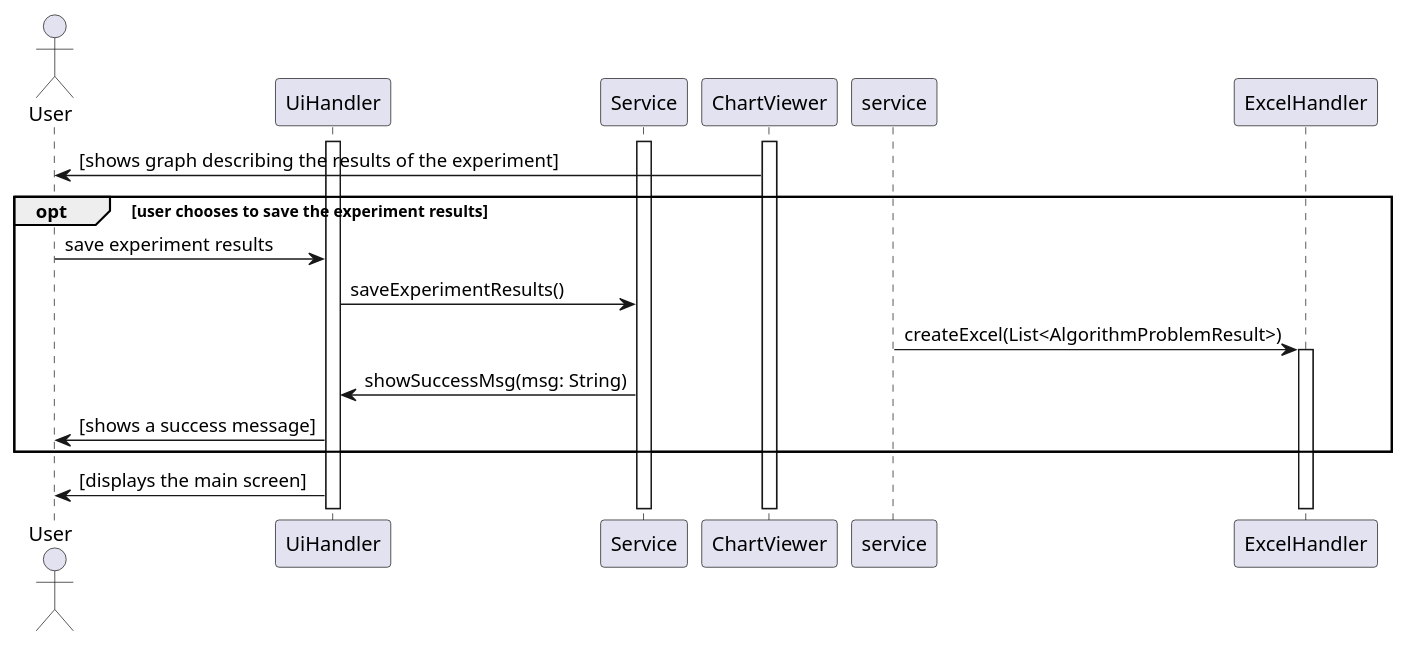
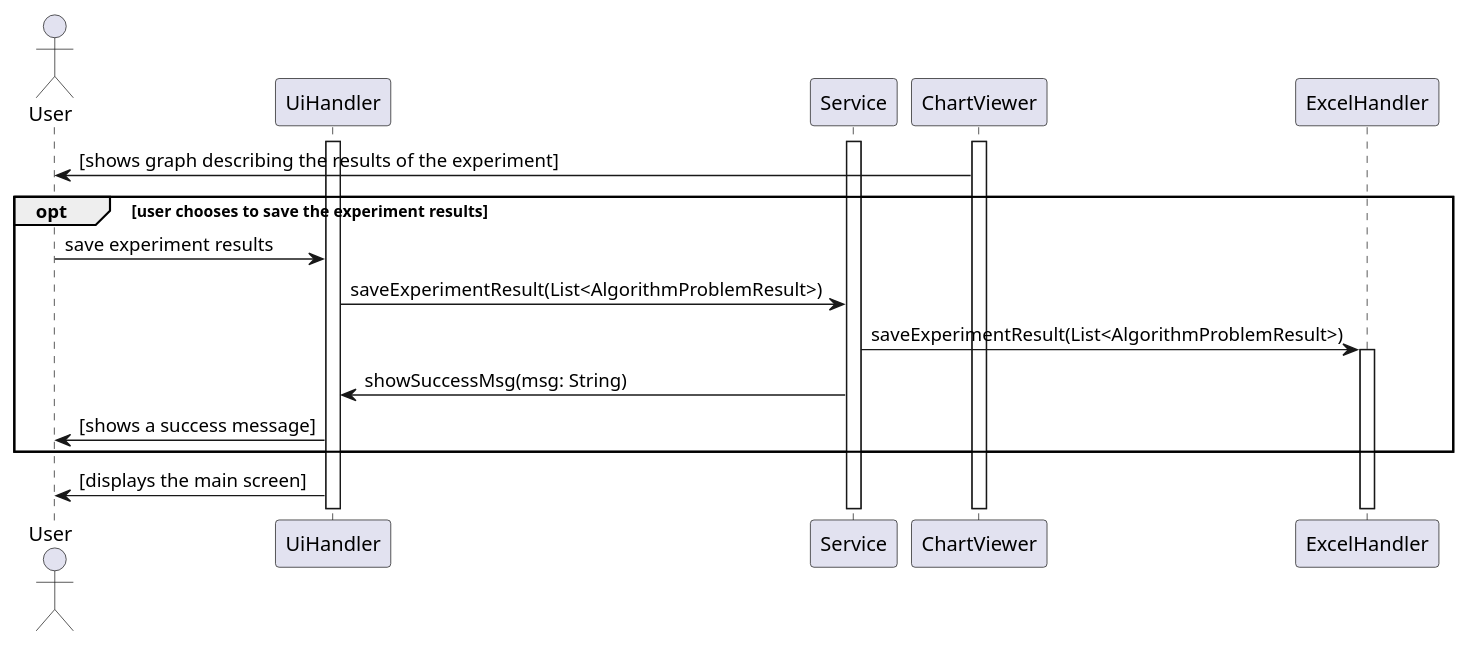
The diagram in Final/Docs/Diagrams/behaviour diagrams/scripts/showResultsSeq.puml (miamiHits/FinalProject), drawn with PlantUML before and after one commit. The commit also changed 1 other file, not shown here.

```diff
--- a/Final/Docs/Diagrams/behaviour diagrams/scripts/showResultsSeq.puml
+++ b/Final/Docs/Diagrams/behaviour diagrams/scripts/showResultsSeq.puml
@@ -1,22 +1,22 @@
 @startuml
 actor User as u
 
 activate UiHandler
 activate Service
 activate ChartViewer
 
 ChartViewer -> u : [shows graph describing the results of the experiment]
 
 opt user chooses to save the experiment results
     u -> UiHandler : save experiment results
-    UiHandler -> Service : saveExperimentResults()
-    service -> ExcelHandler : createExcel(List<AlgorithmProblemResult>)
+    UiHandler -> Service : saveExperimentResult(List<AlgorithmProblemResult>)
+    Service -> ExcelHandler : saveExperimentResult(List<AlgorithmProblemResult>)
     activate ExcelHandler
 
     Service -> UiHandler : showSuccessMsg(msg: String)
     UiHandler -> u : [shows a success message]
 end
 
 UiHandler -> u : [displays the main screen]
 
 @enduml
```
